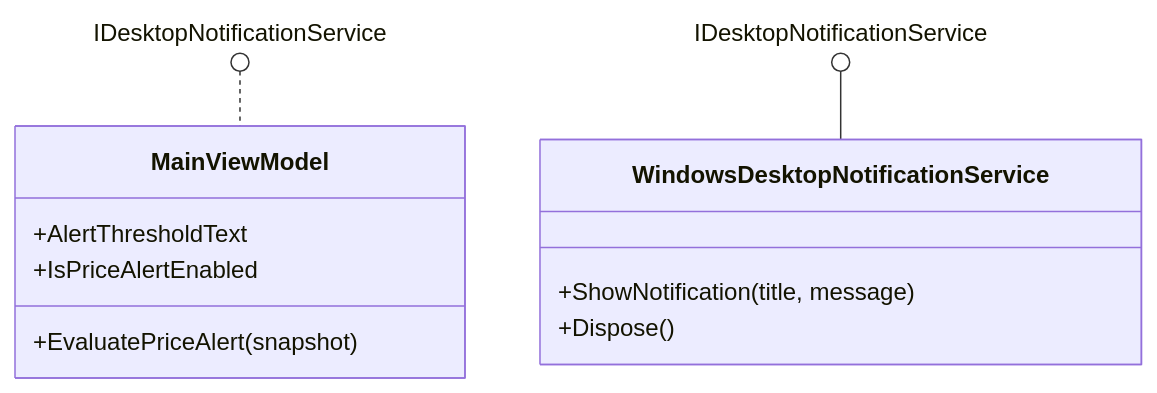
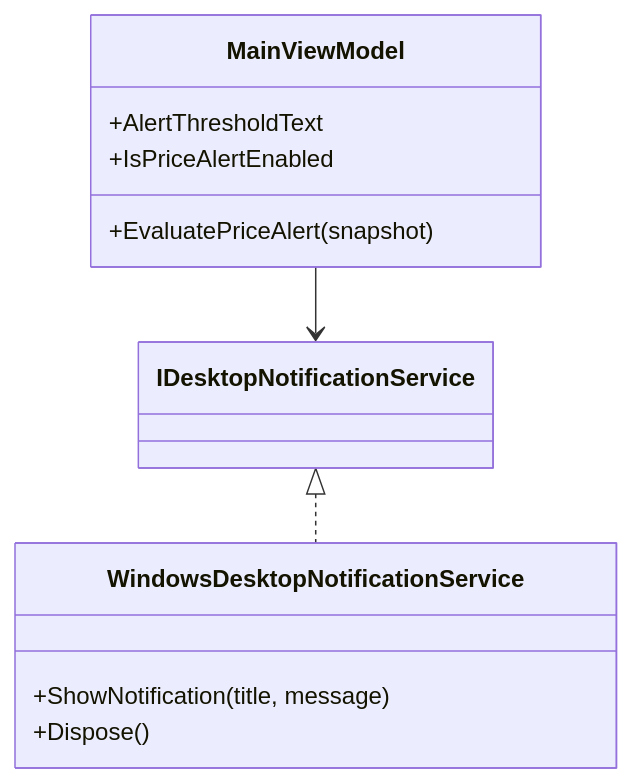
Before and after one commit to yankee2023/market_monitor: diagram 15 of 29 in docs/DESIGN.md, drawn with Mermaid. The commit also changed other lines of this file and 9 other files, not shown here.

````diff
--- a/docs/DESIGN.md
+++ b/docs/DESIGN.md
@@ -633,15 +847,15 @@
 ```mermaid
 classDiagram
     class MainViewModel {
         +EvaluatePriceAlert(snapshot)
         +AlertThresholdText
         +IsPriceAlertEnabled
     }
     class WindowsDesktopNotificationService {
         +ShowNotification(title, message)
         +Dispose()
     }
 
-    IDesktopNotificationService ().. MainViewModel
-    IDesktopNotificationService ()-- WindowsDesktopNotificationService
+    MainViewModel --> IDesktopNotificationService
+    IDesktopNotificationService <|.. WindowsDesktopNotificationService
 ```
````
